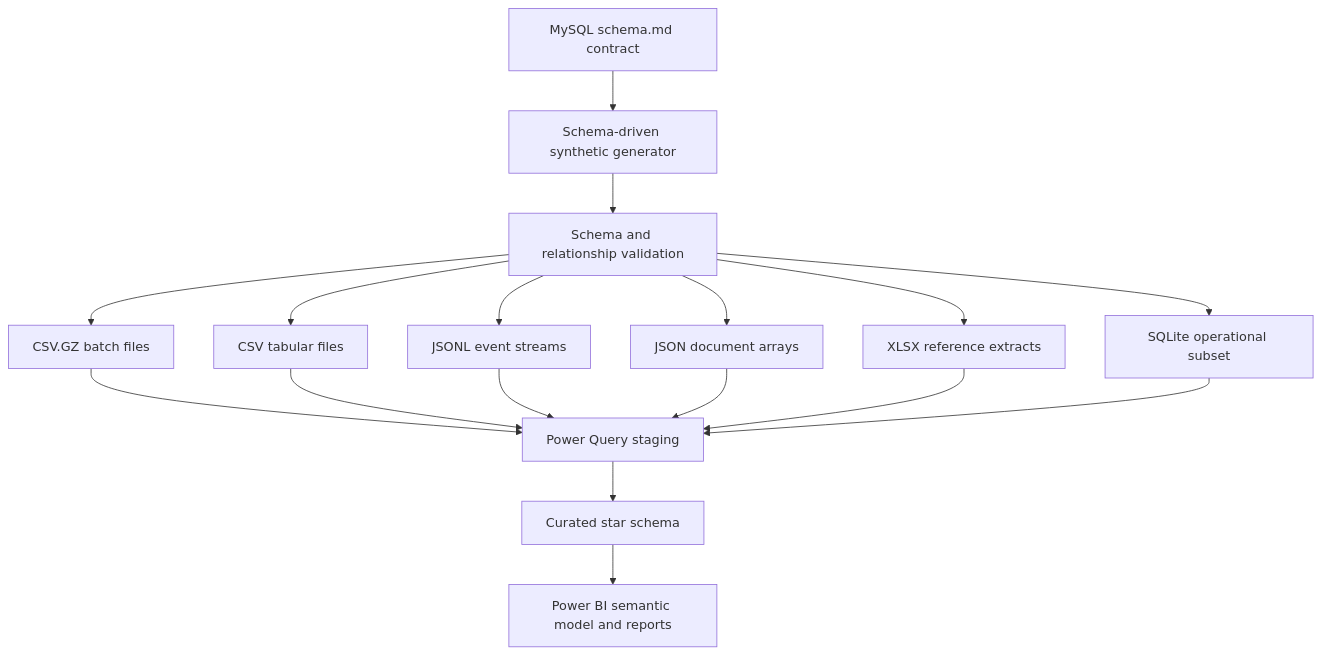
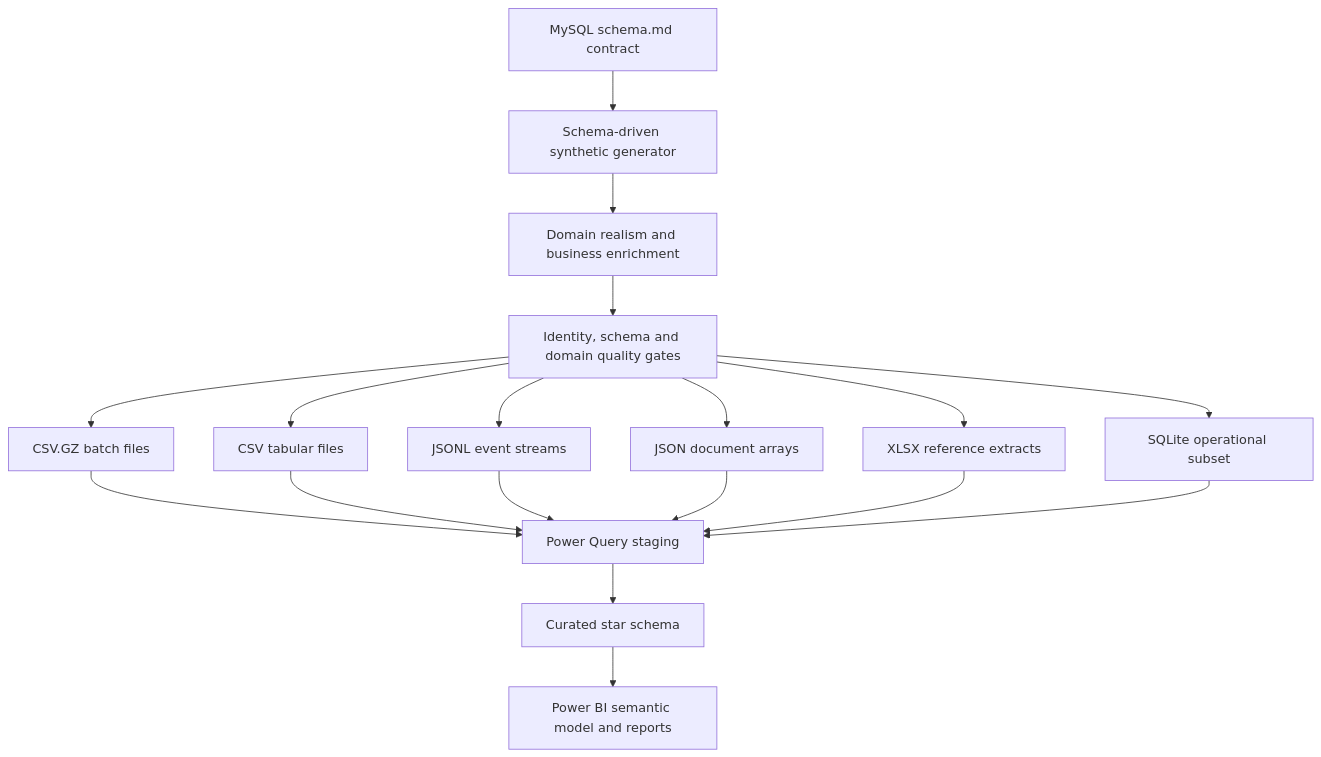
Before and after one commit to Sohila-Khaled-Abbas/pixelfed-analytics-engineering: the diagram in docs/architecture/system-architecture.md, drawn with Mermaid. The commit also changed other lines of this file and 4 other files, not shown here.

````diff
--- a/docs/architecture/system-architecture.md
+++ b/docs/architecture/system-architecture.md
@@ -3,19 +3,20 @@
 ```mermaid
 flowchart TD
     A[MySQL schema.md contract] --> B[Schema-driven synthetic generator]
-    B --> C[Schema and relationship validation]
+    B --> R[Domain realism and business enrichment]
+    R --> C[Identity, schema and domain quality gates]
     C --> D1[CSV.GZ batch files]
     C --> D2[CSV tabular files]
     C --> D3[JSONL event streams]
     C --> D4[JSON document arrays]
     C --> D5[XLSX reference extracts]
     C --> D6[SQLite operational subset]
     D1 --> E[Power Query staging]
     D2 --> E
     D3 --> E
     D4 --> E
     D5 --> E
     D6 --> E
     E --> F[Curated star schema]
     F --> G[Power BI semantic model and reports]
 ```
````
